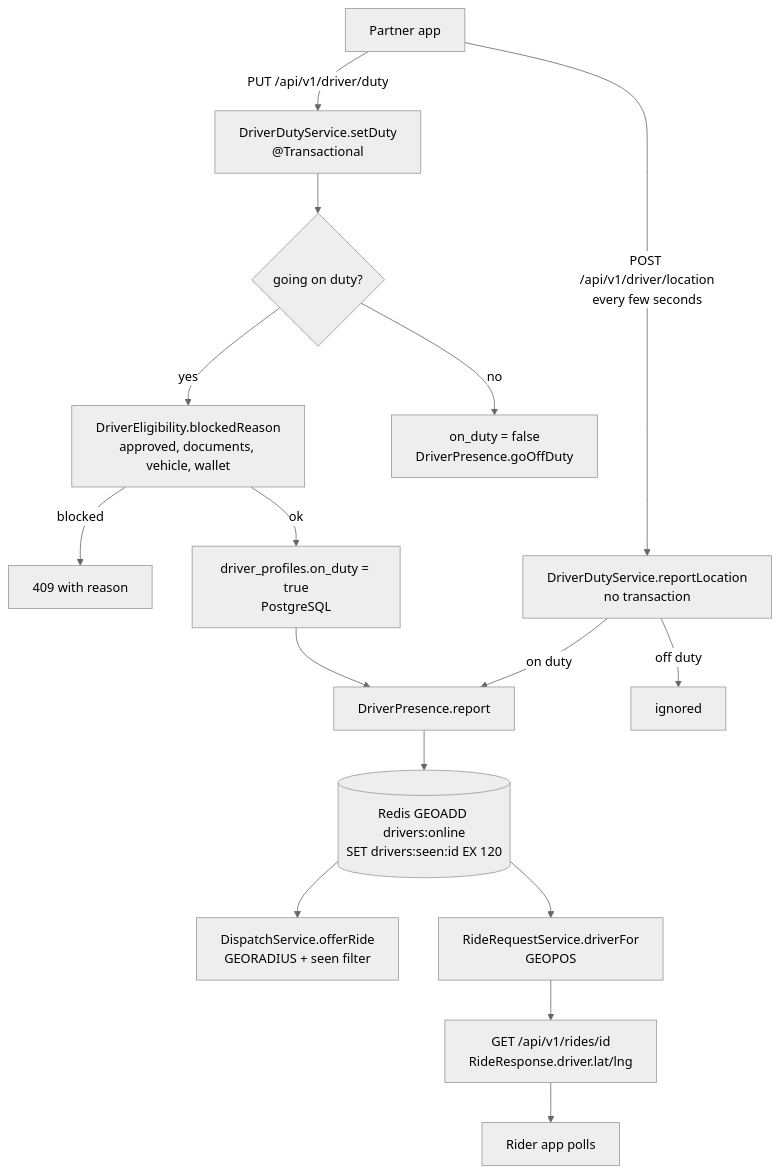
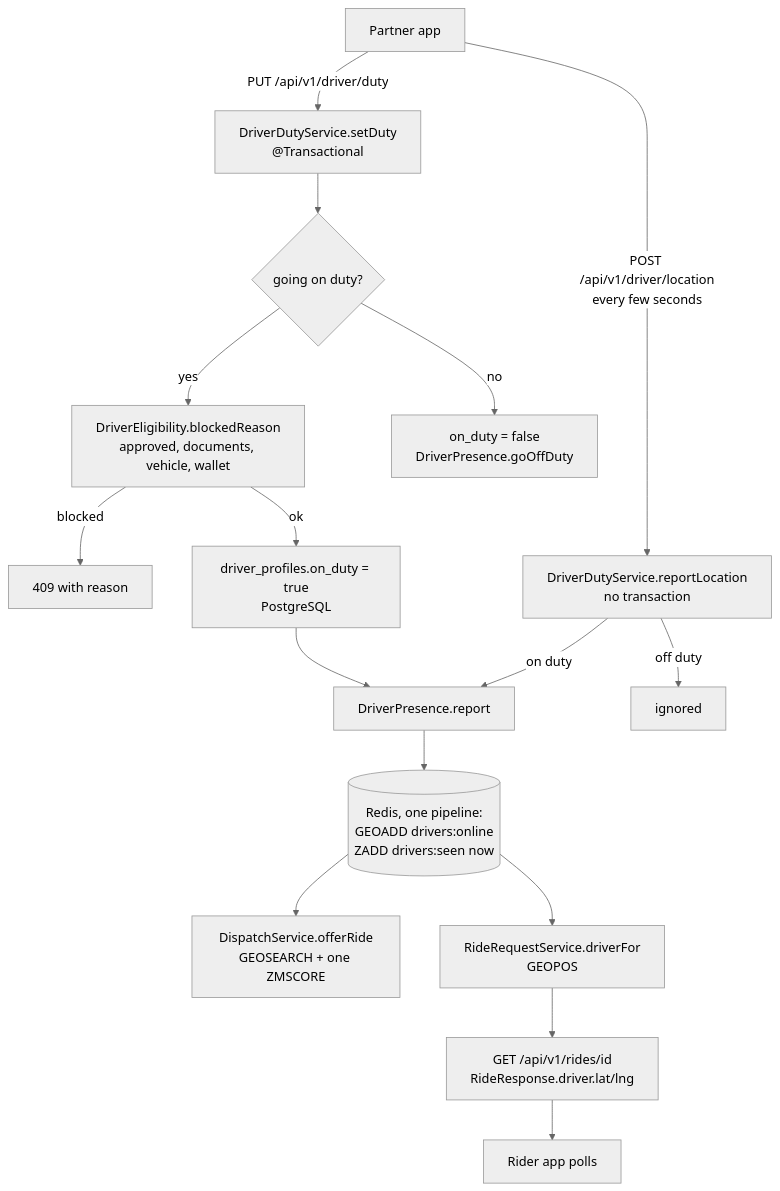
One commit to kumarprince06/ridex-platform changed the seventh of 19 diagrams in docs/35-Runtime-Flow.md. Above: the diagram before and after it, drawn with Mermaid (neutral theme). The commit also changed other lines of this file, not shown here.

Commit message:
docs: runtime flow for payment outbox, sweep and presence

````diff
--- a/docs/35-Runtime-Flow.md
+++ b/docs/35-Runtime-Flow.md
@@ -403,18 +402,18 @@
 ```mermaid
 flowchart TD
   A["Partner app"] -->|"PUT /api/v1/driver/duty"| B["DriverDutyService.setDuty<br/>@Transactional"]
   B --> C{"going on duty?"}
   C -- yes --> D["DriverEligibility.blockedReason<br/>approved, documents, vehicle, wallet"]
   D -- blocked --> E["409 with reason"]
   D -- ok --> F["driver_profiles.on_duty = true<br/>PostgreSQL"]
   F --> G["DriverPresence.report"]
   C -- no --> H["on_duty = false<br/>DriverPresence.goOffDuty"]
   A -->|"POST /api/v1/driver/location<br/>every few seconds"| I["DriverDutyService.reportLocation<br/>no transaction"]
   I -- "off duty" --> J["ignored"]
   I -- "on duty" --> G
-  G --> K[("Redis GEOADD drivers:online<br/>SET drivers:seen:id EX 120")]
-  K --> L["DispatchService.offerRide<br/>GEORADIUS + seen filter"]
+  G --> K[("Redis, one pipeline:<br/>GEOADD drivers:online<br/>ZADD drivers:seen now")]
+  K --> L["DispatchService.offerRide<br/>GEOSEARCH + one ZMSCORE"]
   K --> M["RideRequestService.driverFor<br/>GEOPOS"]
   M --> N["GET /api/v1/rides/id<br/>RideResponse.driver.lat/lng"]
   N --> O["Rider app polls"]
 ```
````
